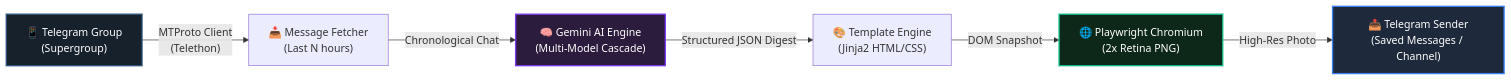
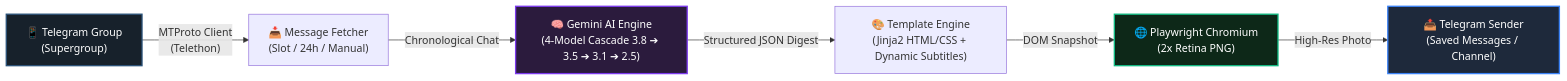
One commit to solari21/telegram-ai-summary-template changed the diagram in README.md. Above: the diagram before and after it, drawn with Mermaid. The commit also changed other lines of this file and 5 other files, not shown here.

Commit message:
feat: triple workflow architecture (slot, full-day and manual) with full documentation

````diff
--- a/README.md
+++ b/README.md
@@ -38,13 +42,13 @@
 ```mermaid
 flowchart LR
-    A["📱 Telegram Group\n(Supergroup)"] -->|"MTProto Client\n(Telethon)"| B["📥 Message Fetcher\n(Last N hours)"]
-    B -->|"Chronological Chat"| C["🧠 Gemini AI Engine\n(Multi-Model Cascade)"]
-    C -->|"Structured JSON Digest"| D["🎨 Template Engine\n(Jinja2 HTML/CSS)"]
+    A["📱 Telegram Group\n(Supergroup)"] -->|"MTProto Client\n(Telethon)"| B["📥 Message Fetcher\n(Slot / 24h / Manual)"]
+    B -->|"Chronological Chat"| C["🧠 Gemini AI Engine\n(4-Model Cascade 3.8 ➔ 3.5 ➔ 3.1 ➔ 2.5)"]
+    C -->|"Structured JSON Digest"| D["🎨 Template Engine\n(Jinja2 HTML/CSS + Dynamic Subtitles)"]
     D -->|"DOM Snapshot"| E["🌐 Playwright Chromium\n(2x Retina PNG)"]
     E -->|"High-Res Photo"| F["📤 Telegram Sender\n(Saved Messages / Channel)"]
 
     style A fill:#17212b,stroke:#2b5278,stroke-width:2px,color:#fff
     style C fill:#2b1b3d,stroke:#7c3aed,stroke-width:2px,color:#fff
     style E fill:#0d2818,stroke:#10b981,stroke-width:2px,color:#fff
     style F fill:#1e293b,stroke:#3b82f6,stroke-width:2px,color:#fff
 ```
````
